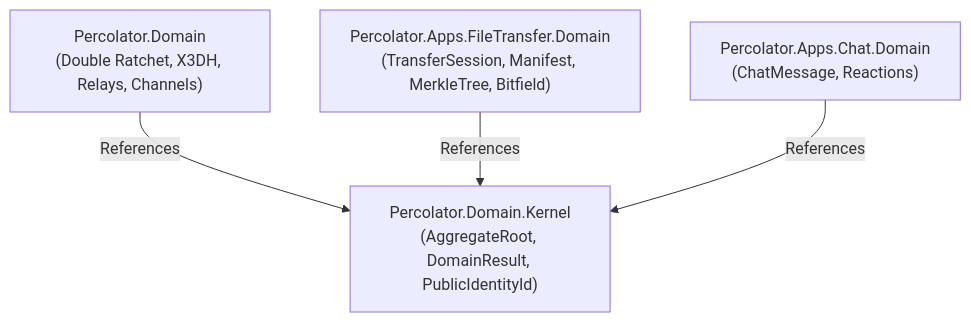
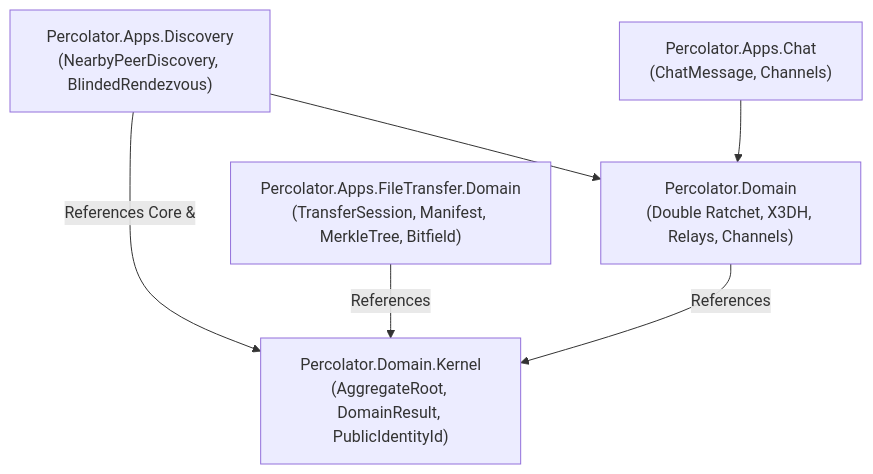
One commit to zerotwooneone/percolator changed the diagram in source/Percolator.Apps.FileTransfer/kernel-plan.md. Above: the diagram before and after it, drawn with Mermaid. The commit also changed other lines of this file, not shown here.

Commit message:
fix(kernel-plan): include Percolator.Apps.Discovery and solution-wide test verification

````diff
--- a/source/Percolator.Apps.FileTransfer/kernel-plan.md
+++ b/source/Percolator.Apps.FileTransfer/kernel-plan.md
@@ -22,11 +22,14 @@
 ```mermaid
 graph TD
     Kernel["Percolator.Domain.Kernel<br/>(AggregateRoot, DomainResult, PublicIdentityId)"]
     CoreDomain["Percolator.Domain<br/>(Double Ratchet, X3DH, Relays, Channels)"]
     FTDomain["Percolator.Apps.FileTransfer.Domain<br/>(TransferSession, Manifest, MerkleTree, Bitfield)"]
-    ChatDomain["Percolator.Apps.Chat.Domain<br/>(ChatMessage, Reactions)"]
+    DiscoveryApp["Percolator.Apps.Discovery<br/>(NearbyPeerDiscovery, BlindedRendezvous)"]
+    ChatDomain["Percolator.Apps.Chat<br/>(ChatMessage, Channels)"]
     
     CoreDomain -->|References| Kernel
     FTDomain -->|References| Kernel
-    ChatDomain -->|References| Kernel
+    DiscoveryApp -->|References Core &| Kernel
+    DiscoveryApp --> CoreDomain
+    ChatDomain --> CoreDomain
 ```
````
